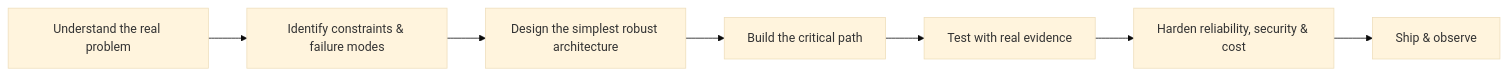
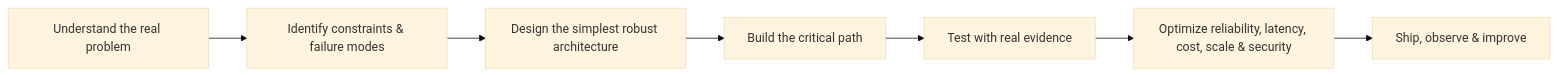
The diagram in README.md (gopeshjangid/gopeshjangid), drawn with Mermaid (base theme) before and after one commit. The commit also changed other lines of this file, not shown here.

````diff
--- a/README.md
+++ b/README.md
@@ -71,9 +76,9 @@
 ```mermaid
 flowchart LR
     A[Understand the real problem] --> B[Identify constraints & failure modes]
     B --> C[Design the simplest robust architecture]
     C --> D[Build the critical path]
     D --> E[Test with real evidence]
-    E --> F[Harden reliability, security & cost]
-    F --> G[Ship & observe]
+    E --> F[Optimize reliability, latency, cost, scale & security]
+    F --> G[Ship, observe & improve]
 ```
````
